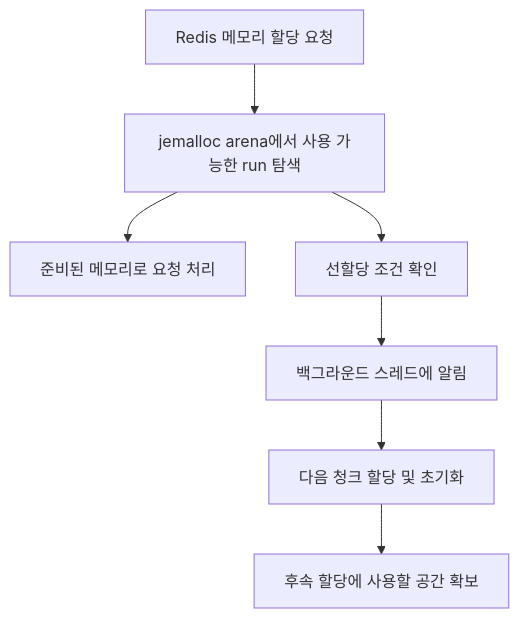
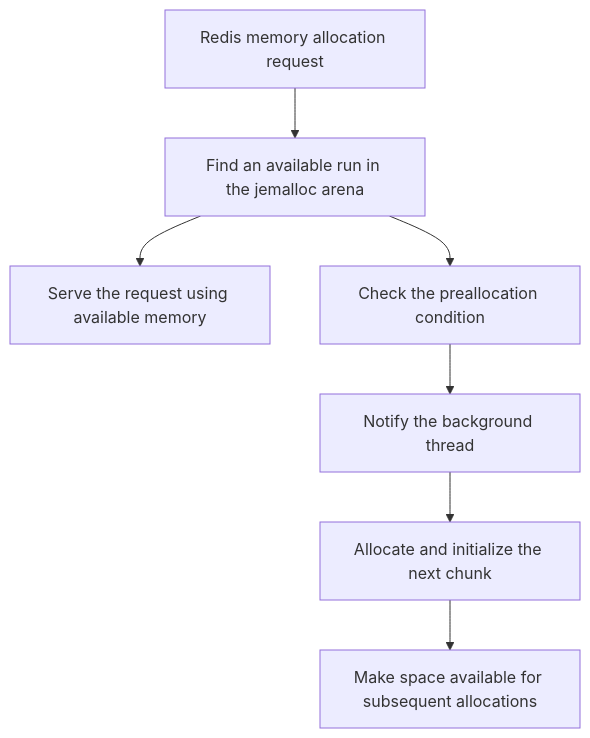
Before and after one commit to wookyungE/X-Redis: the diagram in README.md, drawn with Mermaid. The commit also changed other lines of this file and 1 other file, not shown here.

````diff
--- a/README.md
+++ b/README.md
@@ -40,9 +41,9 @@
 ```mermaid
 flowchart TD
-    A[Redis 메모리 할당 요청] --> B[jemalloc arena에서 사용 가능한 run 탐색]
-    B --> C[준비된 메모리로 요청 처리]
-    B --> D[선할당 조건 확인]
-    D --> E[백그라운드 스레드에 알림]
-    E --> F[다음 청크 할당 및 초기화]
-    F --> G[후속 할당에 사용할 공간 확보]
+    A[Redis memory allocation request] --> B[Find an available run in the jemalloc arena]
+    B --> C[Serve the request using available memory]
+    B --> D[Check the preallocation condition]
+    D --> E[Notify the background thread]
+    E --> F[Allocate and initialize the next chunk]
+    F --> G[Make space available for subsequent allocations]
 ```
````
